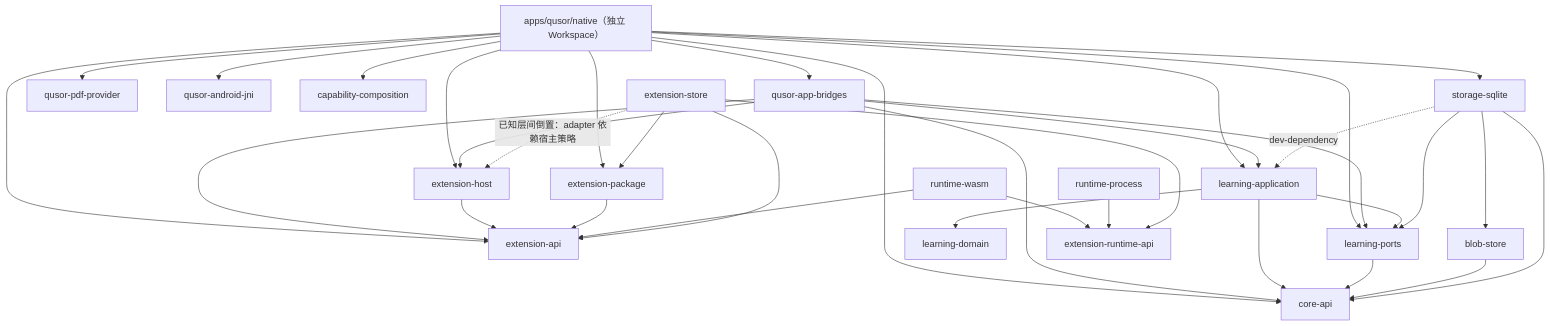
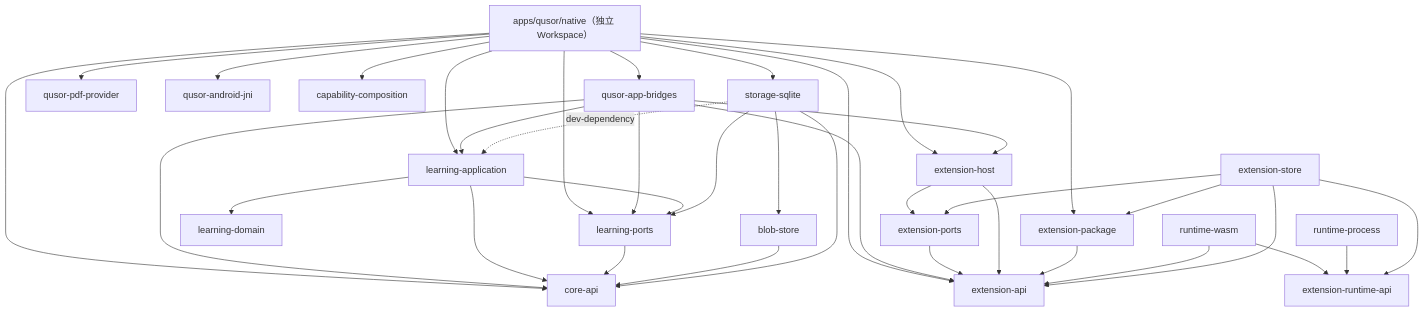
The first of 2 diagrams in docs/architecture/README.md (csic21/qusor), drawn with Mermaid before and after one commit. The commit also changed other lines of this file and 3 other files, not shown here.

Commit message:
docs(status): integrate ADR 0054-0055 index, extension-ports layout, and P1-4/P1-6/P2-7 status rows

````diff
--- a/docs/architecture/README.md
+++ b/docs/architecture/README.md
@@ -38,42 +39,44 @@
 ```mermaid
 flowchart TD
     AppNative["apps/qusor/native（独立 Workspace）"] --> Bridges["qusor-app-bridges"]
     AppNative --> PdfProv["qusor-pdf-provider"]
     AppNative --> AndroidJni["qusor-android-jni"]
     AppNative --> CapComp["capability-composition"]
     AppNative --> CoreAPI["core-api"]
     AppNative --> ExtAPI["extension-api"]
     AppNative --> ExtHost["extension-host"]
     AppNative --> ExtPkg["extension-package"]
     AppNative --> LearnApp["learning-application"]
     AppNative --> LearnPorts["learning-ports"]
     AppNative --> Sqlite["storage-sqlite"]
 
     Bridges --> CoreAPI
     Bridges --> ExtAPI
     Bridges --> ExtHost
     Bridges --> LearnApp
     Bridges --> LearnPorts
 
     LearnApp --> CoreAPI
     LearnApp --> LearnDomain["learning-domain"]
     LearnApp --> LearnPorts
     LearnPorts --> CoreAPI
 
     Blob["blob-store"] --> CoreAPI
     Sqlite --> Blob
     Sqlite --> CoreAPI
     Sqlite --> LearnPorts
     Sqlite -. "dev-dependency" .-> LearnApp
 
+    ExtPorts["extension-ports"] --> ExtAPI
     ExtHost --> ExtAPI
+    ExtHost --> ExtPorts
     ExtPkg --> ExtAPI
     RuntimeWasm["runtime-wasm"] --> ExtAPI
     RuntimeWasm --> RuntimeAPI["extension-runtime-api"]
     RuntimeProc["runtime-process"] --> RuntimeAPI
 
     ExtStore["extension-store"] --> ExtAPI
-    ExtStore -. "已知层间倒置：adapter 依赖宿主策略" .-> ExtHost
+    ExtStore --> ExtPorts
     ExtStore --> ExtPkg
     ExtStore --> RuntimeAPI
 ```
````
